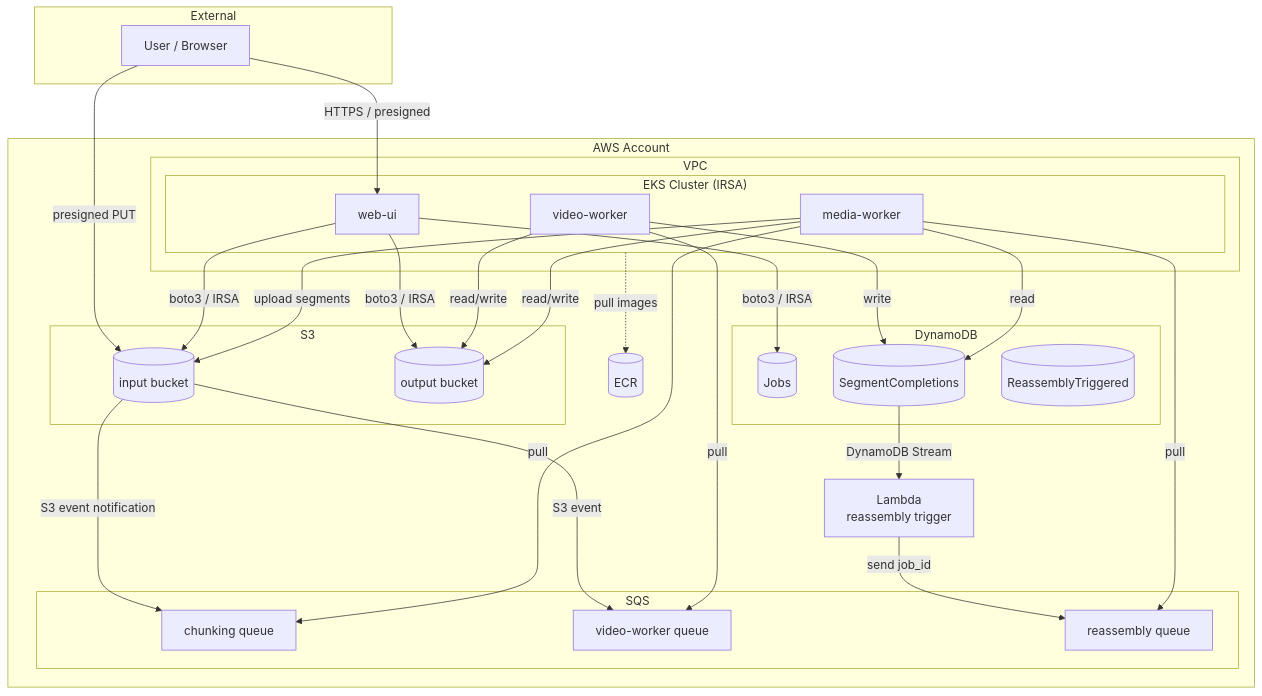
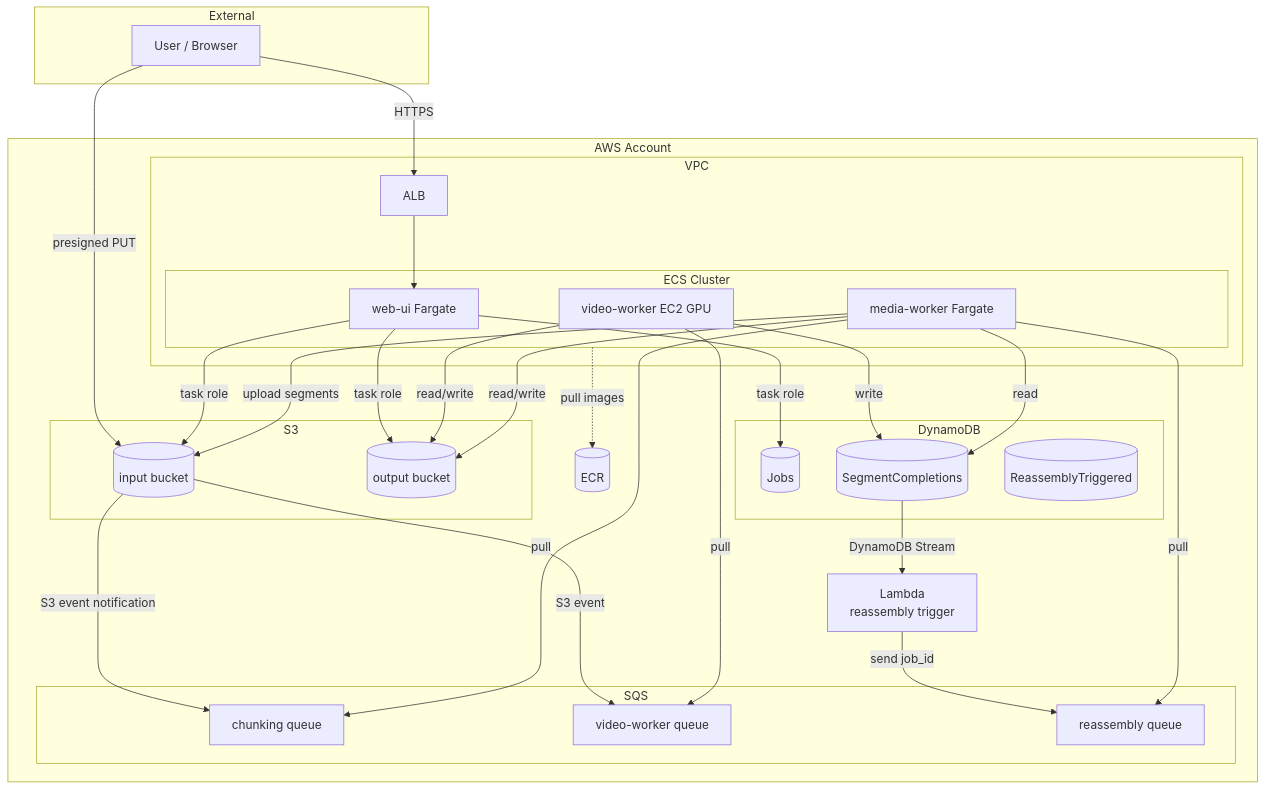
One commit to alexpialetski/stereo-spot changed the second of 7 diagrams in ARCHITECTURE.md. Above: the diagram before and after it, drawn with Mermaid. The commit also changed other lines of this file and 41 other files, not shown here.

First line of the commit message:
feat(infra): migrate compute from EKS to ECS and add deploy targets

````diff
--- a/ARCHITECTURE.md
+++ b/ARCHITECTURE.md
@@ -84,55 +83,57 @@
 ```mermaid
 flowchart TB
     subgraph External
         User[User / Browser]
     end
 
     subgraph AWS["AWS Account"]
         subgraph VPC["VPC"]
-            subgraph EKS["EKS Cluster (IRSA)"]
-                WebUI[web-ui]
-                MediaW[media-worker]
-                VideoW[video-worker]
+            ALB[ALB]
+            subgraph ECS["ECS Cluster"]
+                WebUI[web-ui Fargate]
+                MediaW[media-worker Fargate]
+                VideoW[video-worker EC2 GPU]
             end
         end
 
         subgraph Storage["S3"]
             InputBucket[(input bucket)]
             OutputBucket[(output bucket)]
         end
 
         subgraph Queues["SQS"]
             ChunkQ[chunking queue]
             VideoQ[video-worker queue]
             ReassQ[reassembly queue]
         end
 
         subgraph DB["DynamoDB"]
             Jobs[(Jobs)]
             SegCompl[(SegmentCompletions)]
             ReassTrig[(ReassemblyTriggered)]
         end
 
         Lambda[Lambda\nreassembly trigger]
         ECR[(ECR)]
     end
 
-    User -->|HTTPS / presigned| WebUI
+    User -->|HTTPS| ALB
+    ALB --> WebUI
     User -->|presigned PUT| InputBucket
-    WebUI -->|boto3 / IRSA| InputBucket
-    WebUI -->|boto3 / IRSA| OutputBucket
-    WebUI -->|boto3 / IRSA| Jobs
+    WebUI -->|task role| InputBucket
+    WebUI -->|task role| OutputBucket
+    WebUI -->|task role| Jobs
     InputBucket -->|S3 event notification| ChunkQ
     MediaW -->|pull| ChunkQ
     MediaW -->|upload segments| InputBucket
     InputBucket -->|S3 event| VideoQ
     VideoW -->|pull| VideoQ
     VideoW -->|read/write| OutputBucket
     VideoW -->|write| SegCompl
     SegCompl -->|DynamoDB Stream| Lambda
     Lambda -->|send job_id| ReassQ
     MediaW -->|pull| ReassQ
     MediaW -->|read/write| OutputBucket
     MediaW -->|read| SegCompl
-    EKS -.->|pull images| ECR
+    ECS -.->|pull images| ECR
 ```
````
